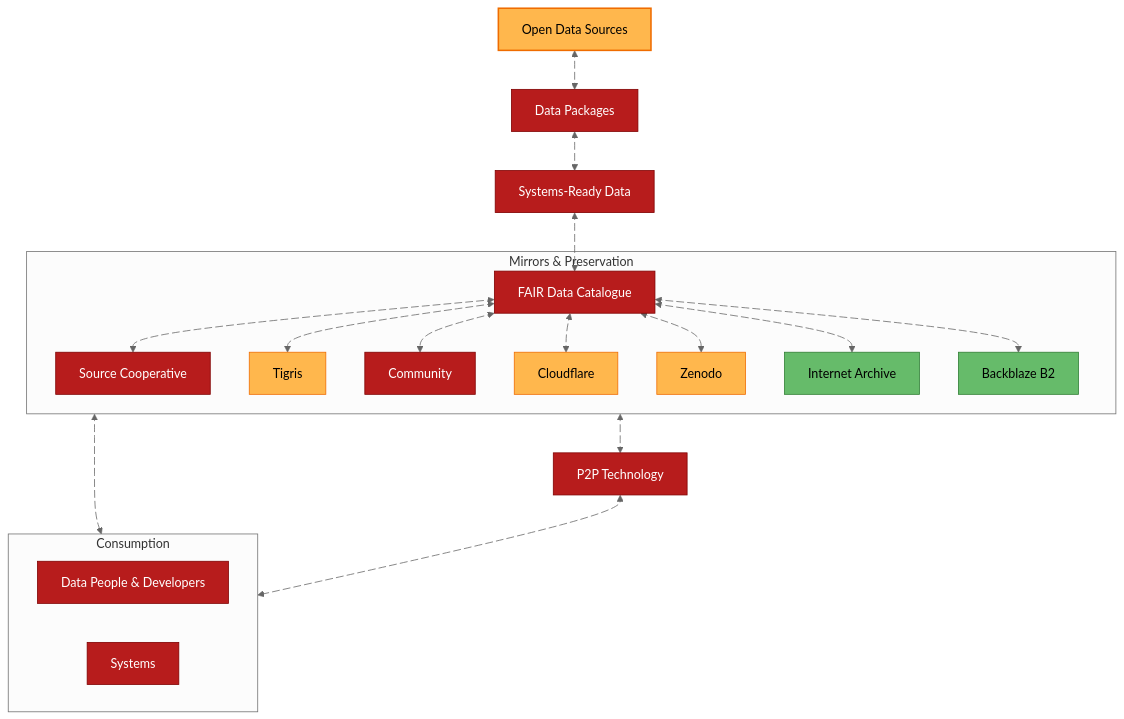
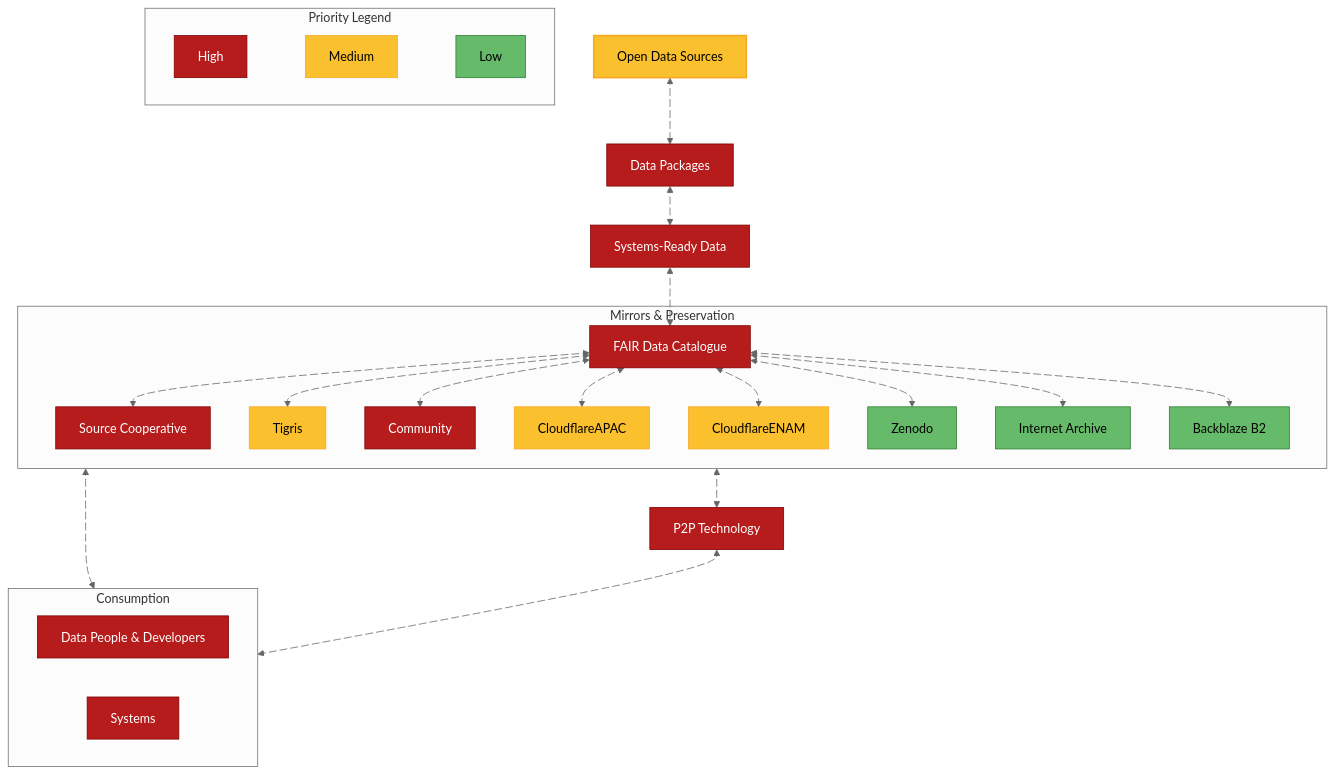
One commit to dataforcanada/www.dataforcanada.org changed the first of 2 diagrams in content/docs/d4c-infra-distribution/_index.md. Above: the diagram before and after it, drawn with Mermaid (neutral theme). The commit also changed 1 other file, not shown here.

```diff
--- a/content/docs/d4c-infra-distribution/_index.md
+++ b/content/docs/d4c-infra-distribution/_index.md
@@ -18,7 +18,8 @@
         SourceCoop[Source Cooperative]
         Tigris[Tigris]
         Community[Community]
-        Cloudflare
+        CloudflareAPAC
+        CloudflareENAM
         Zenodo[Zenodo]
         InternetArchive[Internet Archive]
         BackblazeB2[Backblaze B2]
@@ -53,8 +54,10 @@
     a22@{animate: true, animation: fast}
     Metadata a23@<--> Zenodo
     a23@{animate: true, animation: slow}
-    Metadata a24@<--> Cloudflare
+    Metadata a24@<--> CloudflareAPAC
     a24@{animate: true, animation: fast}
+    Metadata a27@<--> CloudflareENAM
+    a27@{animate: true, animation: fast}
     Metadata a25@<--> InternetArchive
     a25@{animate: true, animation: slow}
     Metadata a26@<--> BackblazeB2
@@ -74,8 +77,17 @@
     %% P2P Connections
     P2P a10@<--> Consumers
     a10@{animate: true, animation: fast}
+
+    classDef legendRed fill:#B71C1C,stroke:#7F0000,color:#FFFFFF
+    classDef legendYellow fill:#FBC02D,stroke:#F9A825,color:#000000
+    classDef legendGreen fill:#66BB6A,stroke:#2E7D32,color:#000000
     
-    style Sources fill:#FFB74D,stroke:#EF6C00,color:#000000
+    subgraph legend [Priority Legend]
+        direction LR
+        L1[High]:::legendRed ~~~ L2[Medium]:::legendYellow ~~~ L3[Low]:::legendGreen
+    end
+    
+    style Sources fill:#FBC02D,stroke:#F9A825,color:#000000
     style Artifacts fill:#B71C1C,stroke:#7F0000,color:#FFFFFF
     %% Opera concertmaster
     style Metadata fill:#B71C1C,stroke:#7F0000,color:#FFFFFF
@@ -83,9 +95,10 @@
     style Processes fill:#B71C1C,stroke:#7F0000,color:#FFFFFF
     class Processes Processes
     style SourceCoop fill:#B71C1C,stroke:#7F0000,color:#FFFFFF
-    style Tigris fill:#FFB74D,stroke:#EF6C00,color:#000000
-    style Cloudflare fill:#FFB74D,stroke:#EF6C00,color:#000000
-    style Zenodo fill:#FFB74D,stroke:#EF6C00,color:#000000
+    style Tigris fill:#FBC02D,stroke:#F9A825,color:#000000
+    style CloudflareAPAC fill:#FBC02D,stroke:#F9A825,color:#000000
+    style CloudflareENAM fill:#FBC02D,stroke:#F9A825,color:#000000
+    style Zenodo fill:#66BB6A,stroke:#2E7D32,color:#000000
     style Community fill:#B71C1C,stroke:#7F0000,color:#FFFFFF
     style P2P fill:#B71C1C,stroke:#7F0000,color:#FFFFFF
     style InternetArchive fill:#66BB6A,stroke:#2E7D32,color:#000000
@@ -95,15 +108,16 @@
     
     %% Click Actions
 	click P2P "https://libp2p.io/" _blank
-    click Cloudflare "https://s3.labs.dataforcanada.org/cloudflare-enam" _blank
-    click Tigris "https://s3.labs.dataforcanada.org/tigris/" _blank
+    click CloudflareAPAC "https://s3.dataforcanada.org/cloudflare-apac" _blank
+    click CloudflareENAM "https://s3.dataforcanada.org/cloudflare-enam" _blank
+    click Tigris "https://s3.dataforcanada.org/tigris/" _blank
     click Sources "https://www.dataforcanada.org/#high-level-overview" _blank
     click Processes "https://www.dataforcanada.org/docs/d4c-pkgs/" _blank
     click Metadata "https://stac-utils.github.io/stac-geoparquet/latest/spec/stac-geoparquet-spec/" _blank
     click Zenodo "https://zenodo.org/communities/dataforcanada/" _blank
-    click SourceCoop "https://s3.labs.dataforcanada.org/sourcecooperative/" _blank
+    click SourceCoop "https://s3.dataforcanada.org/sourcecooperative/" _blank
     click InternetArchive "https://archive.org/details/@diegoripley/uploads/" _blank
-    click BackblazeB2 "https://s3.labs.dataforcanada.org/backblaze-ca-east-006" _blank
+    click BackblazeB2 "https://s3.dataforcanada.org/backblaze-ca-east-006" _blank
 
     %% APPLY STYLES TO LINKED NODES
     class Sources linkNode
```
